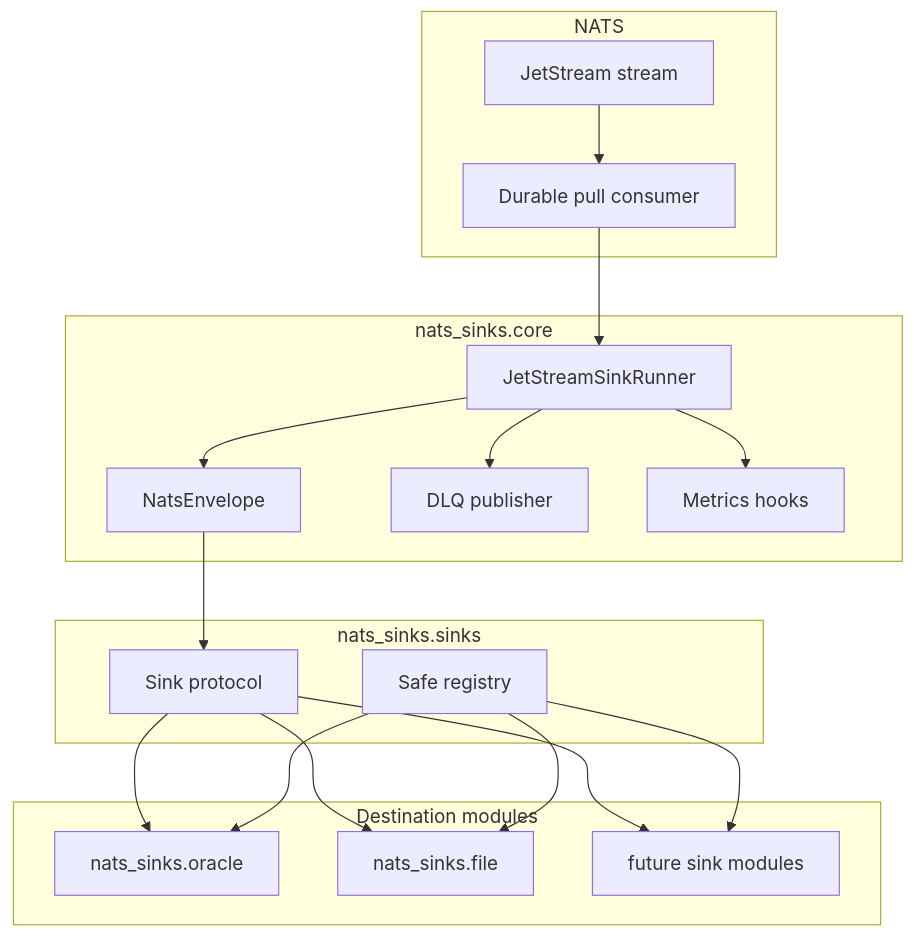
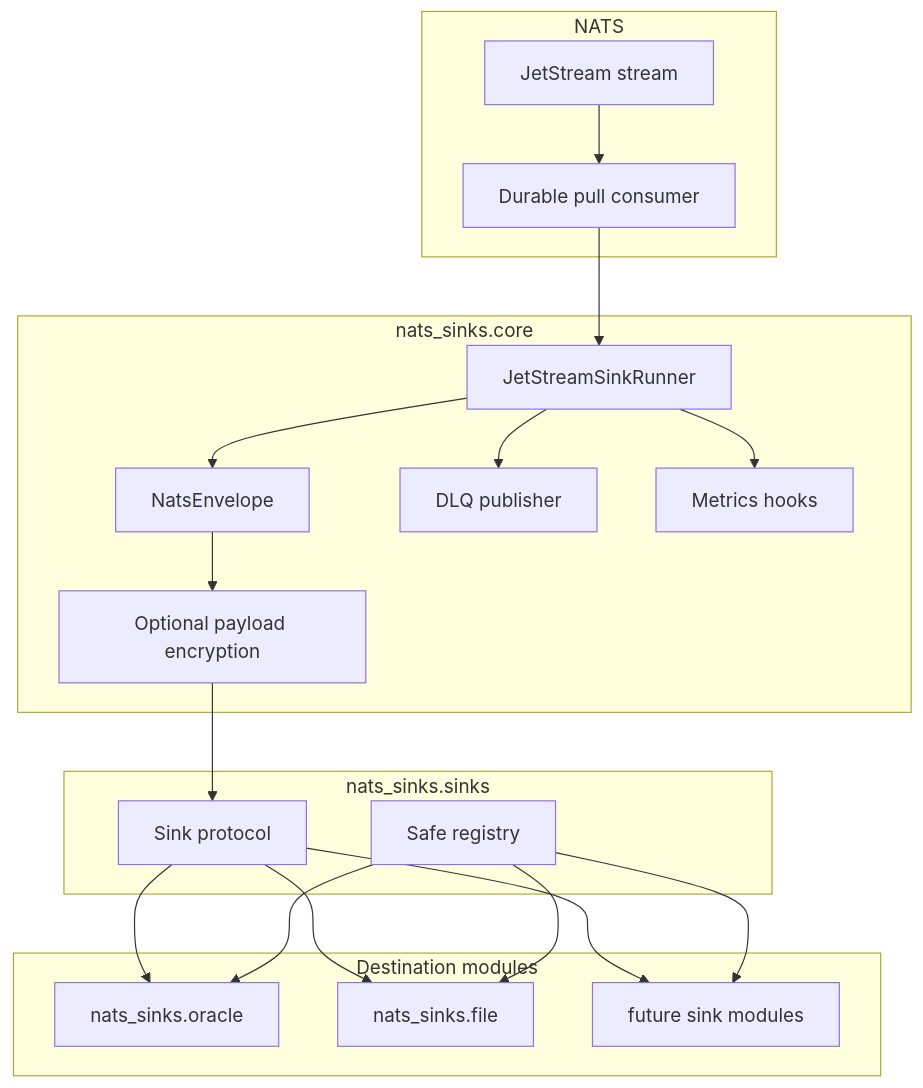
One commit to ProjectCuillin/nats-sinks changed the diagram in docs/architecture.md. Above: the diagram before and after it, drawn with Mermaid. The commit also changed other lines of this file and 80 other files, not shown here.

````diff
--- a/docs/architecture.md
+++ b/docs/architecture.md
@@ -22,36 +28,37 @@
 ```mermaid
 flowchart TB
     subgraph NATS
         Stream[JetStream stream]
         Consumer[Durable pull consumer]
     end
 
     subgraph Core[nats_sinks.core]
         Runner[JetStreamSinkRunner]
         Envelope[NatsEnvelope]
+        Encrypt[Optional payload encryption]
         DLQ[DLQ publisher]
         Metrics[Metrics hooks]
     end
 
     subgraph Sinks[nats_sinks.sinks]
         Protocol[Sink protocol]
         Registry[Safe registry]
     end
 
     subgraph Destinations[Destination modules]
         Oracle[nats_sinks.oracle]
         File[nats_sinks.file]
         Future[future sink modules]
     end
 
     Stream --> Consumer --> Runner
-    Runner --> Envelope --> Protocol
+    Runner --> Envelope --> Encrypt --> Protocol
     Protocol --> Oracle
     Protocol --> File
     Protocol --> Future
     Runner --> DLQ
     Runner --> Metrics
     Registry --> Oracle
     Registry --> File
     Registry --> Future
 ```
````
